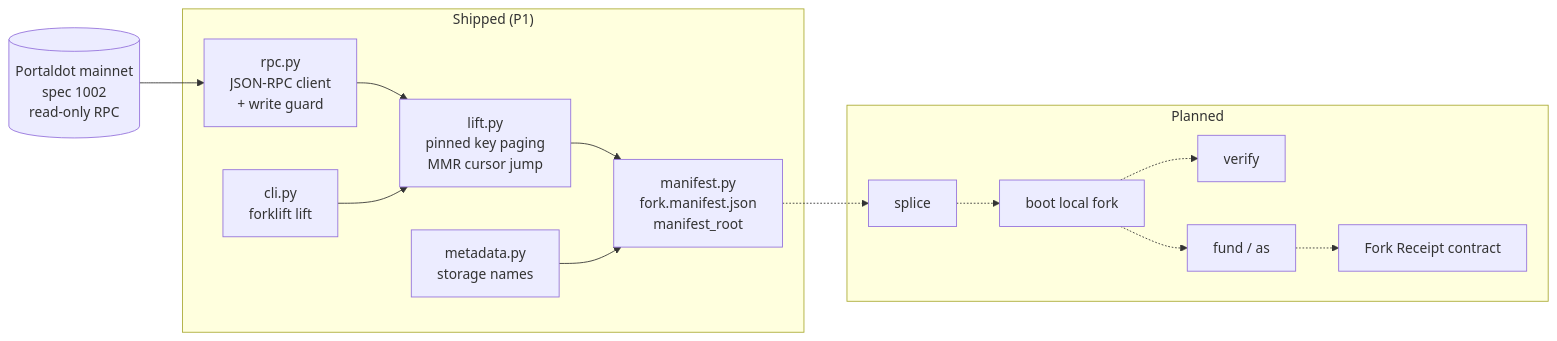
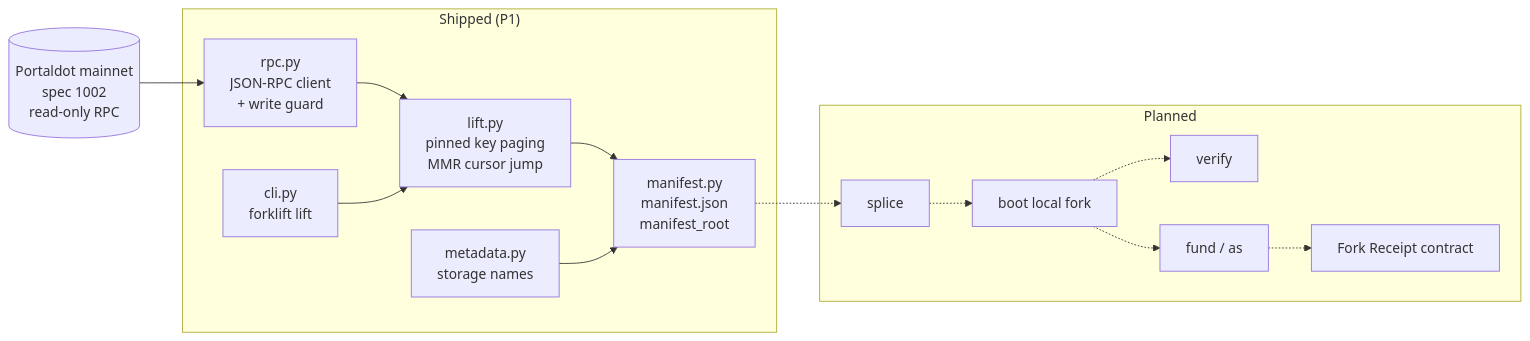
The diagram in README.md (edycutjong/portaldot-hackathon-2026-forklift-edycu), drawn with Mermaid before and after one commit. The commit also changed other lines of this file, not shown here.

Commit message:
README v0: list every read RPC method, fix manifest file name in diagram

````diff
--- a/README.md
+++ b/README.md
@@ -61,23 +61,23 @@
 ```mermaid
 flowchart LR
     M[("Portaldot mainnet\nspec 1002\nread-only RPC")]
     subgraph shipped["Shipped (P1)"]
       RPC["rpc.py\nJSON-RPC client\n+ write guard"]
       LIFT["lift.py\npinned key paging\nMMR cursor jump"]
       META["metadata.py\nstorage names"]
-      MAN["manifest.py\nfork.manifest.json\nmanifest_root"]
+      MAN["manifest.py\nmanifest.json\nmanifest_root"]
       CLI["cli.py\nforklift lift"]
     end
     subgraph planned["Planned"]
       SPL["splice"]
       BOOT["boot local fork"]
       VER["verify"]
       ACT["fund / as"]
       REC["Fork Receipt contract"]
     end
     M --> RPC --> LIFT --> MAN
     META --> MAN
     CLI --> LIFT
     MAN -.-> SPL -.-> BOOT -.-> VER
     BOOT -.-> ACT -.-> REC
 ```
````
